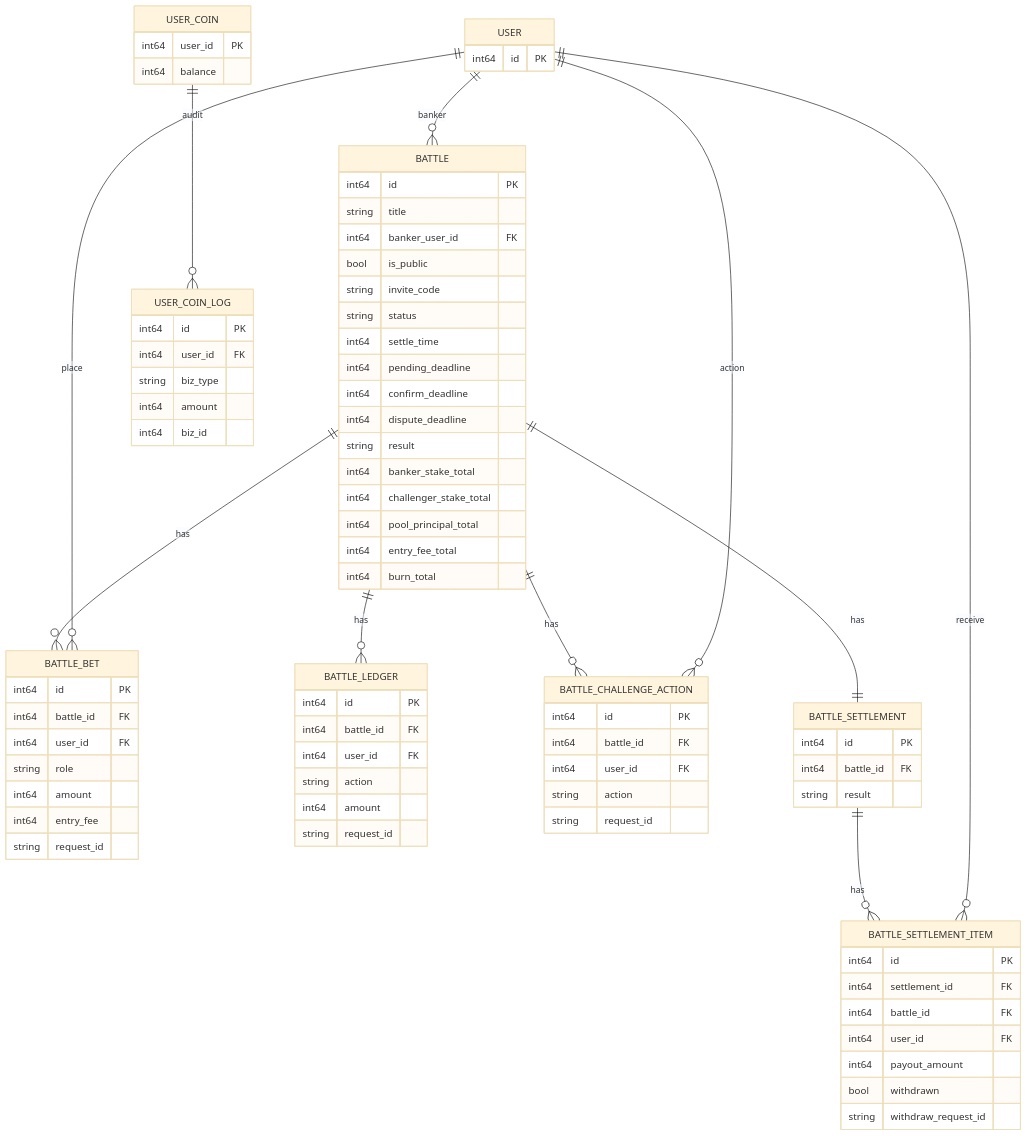
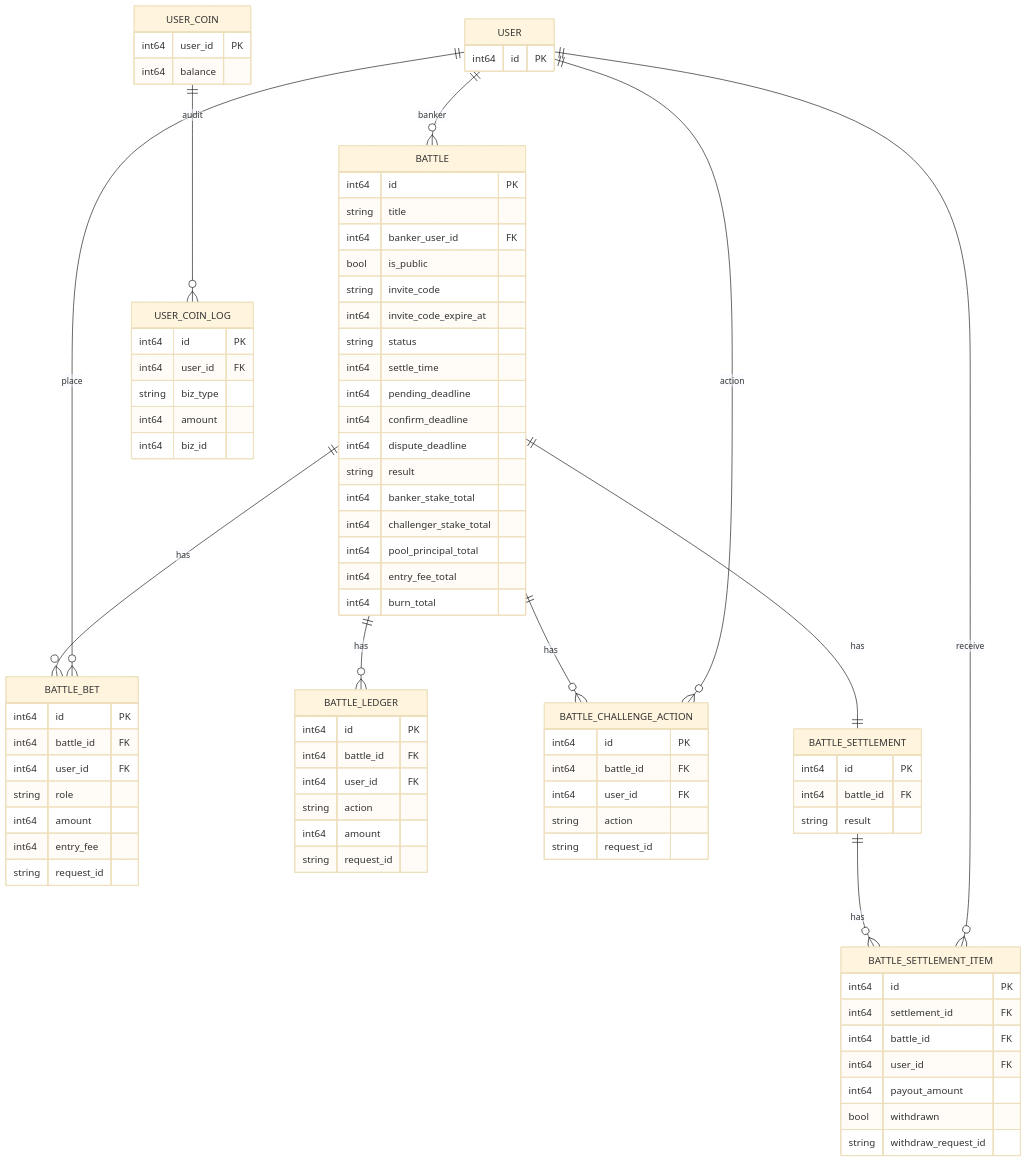
One commit to maoshuo1988/turtlepoll changed the diagram in prompt/project/开战广场/07-ER关系图.md. Above: the diagram before and after it, drawn with Mermaid (base theme). The commit also changed other lines of this file and 23 other files, not shown here.

```diff
--- a/prompt/project/开战广场/07-ER关系图.md
+++ b/prompt/project/开战广场/07-ER关系图.md
@@ -23,6 +23,7 @@
       int64 banker_user_id FK
       bool is_public
       string invite_code
+      int64 invite_code_expire_at
       string status
       int64 settle_time
       int64 pending_deadline
```
